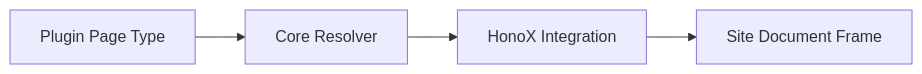
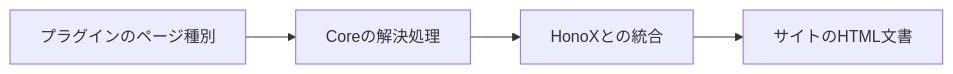
Before and after one commit to Rerurate514/riebeckite: the fifth of 11 diagrams in docs/docs/reference/plugin-api.ja.md, drawn with Mermaid. The commit also changed other lines of this file and 310 other files, not shown here.

````diff
--- a/docs/docs/reference/plugin-api.ja.md
+++ b/docs/docs/reference/plugin-api.ja.md
@@ -462,11 +411,11 @@
 ```mermaid
 flowchart LR
-    Plugin["Plugin Page Type"]
-    Core["Core Resolver"]
-    Integration["HonoX Integration"]
-    Site["Site Document Frame"]
+    Plugin["プラグインのページ種別"]
+    Core["Coreの解決処理"]
+    Integration["HonoXとの統合"]
+    Site["サイトのHTML文書"]
 
     Plugin --> Core
     Core --> Integration
     Integration --> Site
 ```
````
